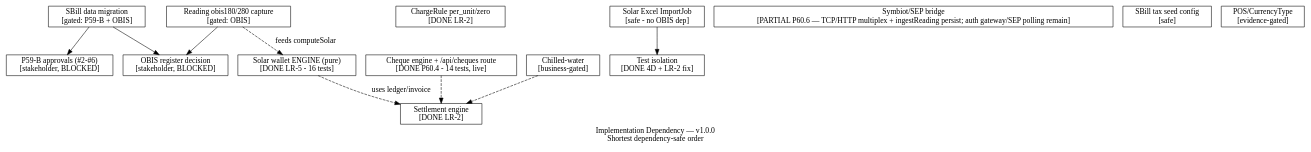
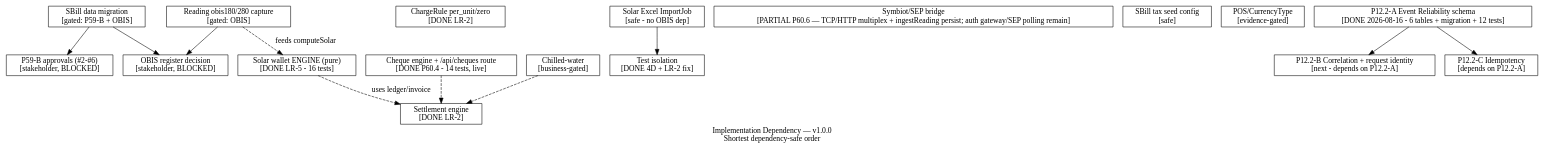
Before and after one commit to Kirllos360/MeterVerse: the diagram in docs/architecture/graph/IMPLEMENTATION-DEPENDENCY.dot, drawn with Graphviz. The commit also changed 11 other files, not shown here.

First line of the commit message:
feat(p12.2-a)+docs(p13.2): event reliability schema + real solar data forensic

```diff
--- a/docs/architecture/graph/IMPLEMENTATION-DEPENDENCY.dot
+++ b/docs/architecture/graph/IMPLEMENTATION-DEPENDENCY.dot
@@ -1,31 +1,36 @@
 // IMPLEMENTATION-DEPENDENCY graph — P59-C/LR-2A v1.0.0
 // Ordering for recovery/implementation targets (from LR-1/LR-2 evidence).
 digraph ImplDep {
   rankdir=TB;
   label="Implementation Dependency — v1.0.0\nShortest dependency-safe order";
 
   node [shape=box fillcolor="#e6f4ea"];
   P0a [label="P59-B approvals (#2-#6)\n[stakeholder, BLOCKED]" fillcolor="#fff1f0"];
   P0b [label="OBIS register decision\n[stakeholder, BLOCKED]" fillcolor="#fff1f0"];
   DONE_SETTLE [label="Settlement engine\n[DONE LR-2]" fillcolor="#d1f5d3"];
   DONE_CHARGE [label="ChargeRule per_unit/zero\n[DONE LR-2]" fillcolor="#d1f5d3"];
   DONE_ISO [label="Test isolation\n[DONE 4D + LR-2 fix]" fillcolor="#d1f5d3"];
   DONE_SOLAR [label="Solar wallet ENGINE (pure)\n[DONE LR-5 - 16 tests]" fillcolor="#d1f5d3"];
   P1_SOLAR_CAP [label="Reading obis180/280 capture\n[gated: OBIS]"];
   P1_EXCEL [label="Solar Excel ImportJob\n[safe - no OBIS dep]" fillcolor="#fef7e0"];
   P2_SYMB [label="Symbiot/SEP bridge\n[PARTIAL P60.6 — TCP/HTTP multiplex + ingestReading persist; auth gateway/SEP polling remain]" fillcolor="#fef7e0"];
   P2_TAX [label="SBill tax seed config\n[safe]"];
   P3_CHEQUE [label="Cheque engine + /api/cheques route\n[DONE P60.4 - 14 tests, live]" fillcolor="#d1f5d3"];
   P3_POS [label="POS/CurrencyType\n[evidence-gated]"];
   P3_CHILLED [label="Chilled-water\n[business-gated]"];
   P3_MIGRATE [label="SBill data migration\n[gated: P59-B + OBIS]" fillcolor="#fff1f0"];
+  P12_2A [label="P12.2-A Event Reliability schema\n[DONE 2026-08-16 - 6 tables + migration + 12 tests]" fillcolor="#d1f5d3"];
+  P12_2B [label="P12.2-B Correlation + request identity\n[next - depends on P12.2-A]"];
+  P12_2C [label="P12.2-C Idempotency\n[depends on P12.2-A]" fillcolor="#fef7e0"];
 
   P1_EXCEL -> DONE_ISO;
   P1_SOLAR_CAP -> P0b;
   P1_SOLAR_CAP -> DONE_SOLAR [style=dashed label="feeds computeSolar"];
   DONE_SOLAR -> DONE_SETTLE [style=dashed label="uses ledger/invoice"];
   P3_MIGRATE -> P0a;
   P3_MIGRATE -> P0b;
   P3_CHEQUE -> DONE_SETTLE [style=dashed];
   P3_CHILLED -> DONE_SETTLE [style=dashed];
+  P12_2A -> P12_2B;
+  P12_2A -> P12_2C;
 }
```
